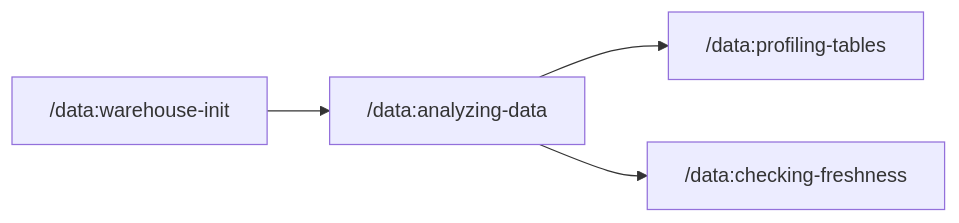
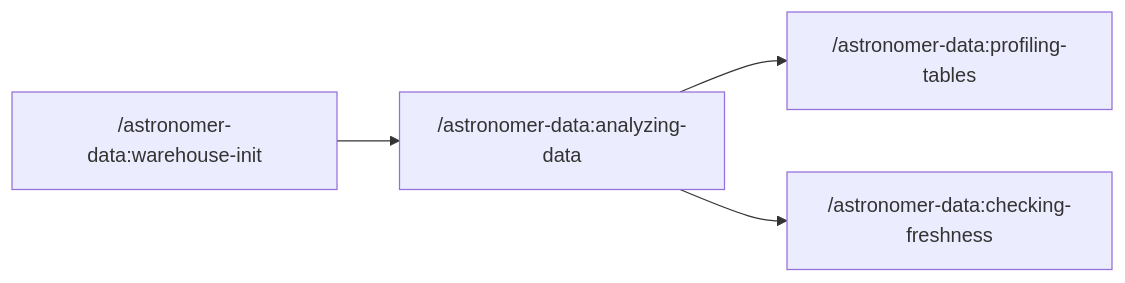
Before and after one commit to astronomer/agents: the first of 2 diagrams in README.md, drawn with Mermaid. The commit also changed other lines of this file and 8 other files, not shown here.

First line of the commit message:
Rename plugin from `data` to `astronomer-data` (#170)

````diff
--- a/README.md
+++ b/README.md
@@ -231,6 +234,6 @@
 ```mermaid
 flowchart LR
-    init["/data:warehouse-init"] --> analyzing["/data:analyzing-data"]
-    analyzing --> profiling["/data:profiling-tables"]
-    analyzing --> freshness["/data:checking-freshness"]
+    init["/astronomer-data:warehouse-init"] --> analyzing["/astronomer-data:analyzing-data"]
+    analyzing --> profiling["/astronomer-data:profiling-tables"]
+    analyzing --> freshness["/astronomer-data:checking-freshness"]
 ```
````
